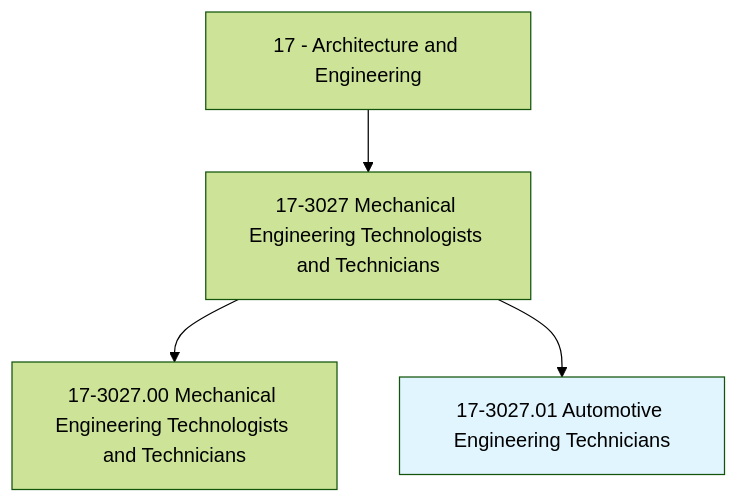
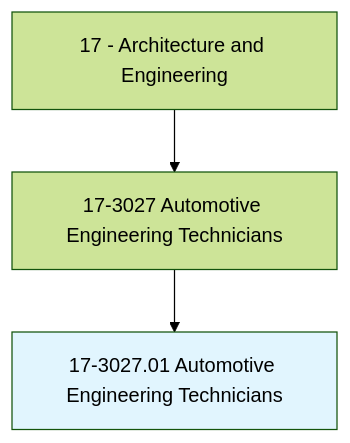
The first of 4 diagrams in occupations/Architecture/AutomotiveEngineeringTechnicians.mdx (kziemski/business.org.ai), drawn with Mermaid (forest theme) before and after one commit. The commit also changed other lines of this file and 938 other files, not shown here.

````diff
--- a/occupations/Architecture/AutomotiveEngineeringTechnicians.mdx
+++ b/occupations/Architecture/AutomotiveEngineeringTechnicians.mdx
@@ -19,7 +23,6 @@
 ```mermaid
 graph TD
-    Cat17["17 - Architecture and Engineering"] --> Group173027["17-3027 Mechanical Engineering Technologists and Technicians"]
-    Group173027 --> Base["17-3027.00 Mechanical Engineering Technologists and Technicians"]
+    Cat17["17 - Architecture and Engineering"] --> Group173027["17-3027 Automotive Engineering Technicians"]
     Group173027 --> Current["17-3027.01 Automotive Engineering Technicians"]
     style Current fill:#e1f5fe
 ```
````
